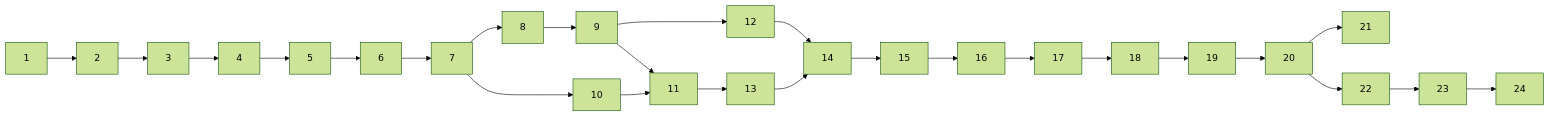
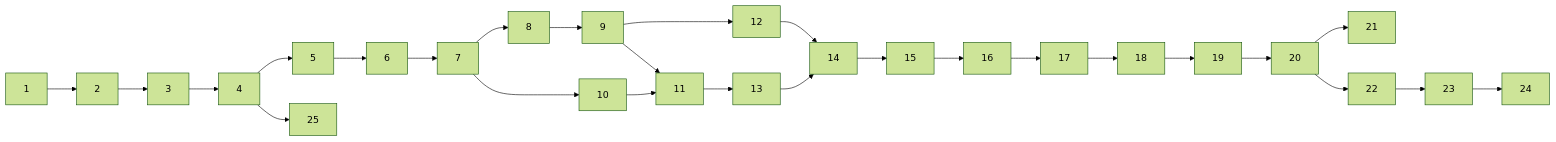
One commit to greentiger0789/engine-sound-simulator changed the diagram in docs/tickets/README.md. Above: the diagram before and after it, drawn with Mermaid (forest theme). The commit also changed other lines of this file and 3 other files, not shown here.

````diff
--- a/docs/tickets/README.md
+++ b/docs/tickets/README.md
@@ -46,28 +47,29 @@
 ```mermaid
 flowchart LR
   T1[1] --> T2[2]
   T2[2] --> T3[3]
   T3[3] --> T4[4]
   T4[4] --> T5[5]
   T5[5] --> T6[6]
   T6[6] --> T7[7]
   T7[7] --> T8[8]
   T7[7] --> T10[10]
   T8[8] --> T9[9]
   T9[9] --> T11[11]
   T9[9] --> T12[12]
   T10[10] --> T11[11]
   T11[11] --> T13[13]
   T12[12] --> T14[14]
   T13[13] --> T14[14]
   T14[14] --> T15[15]
   T15[15] --> T16[16]
   T16[16] --> T17[17]
   T17[17] --> T18[18]
   T18[18] --> T19[19]
   T19[19] --> T20[20]
   T20[20] --> T21[21]
   T20[20] --> T22[22]
   T22[22] --> T23[23]
   T23[23] --> T24[24]
+  T4[4] --> T25[25]
 ```
````
